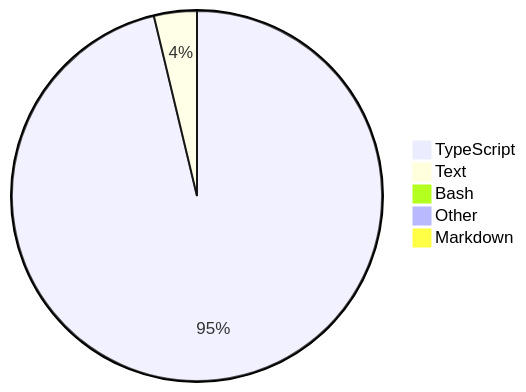
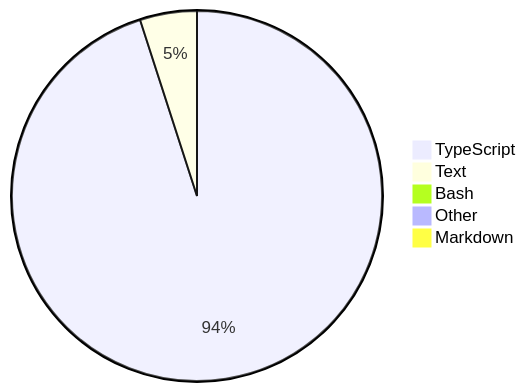
Before and after one commit to skvggor/skvggor: the diagram in README.md, drawn with Mermaid.

Commit message:
Updated waka-readme graph with new metrics

````diff
--- a/README.md
+++ b/README.md
@@ -28,8 +28,8 @@
 ```mermaid
 pie
-    "TypeScript" : 95.1
-    "Text" : 3.7
-    "Bash" : 0.6
-    "Other" : 0.5
+    "TypeScript" : 93.6
+    "Text" : 4.9
+    "Bash" : 0.8
+    "Other" : 0.7
     "Markdown" : 0.0
 ```
````
